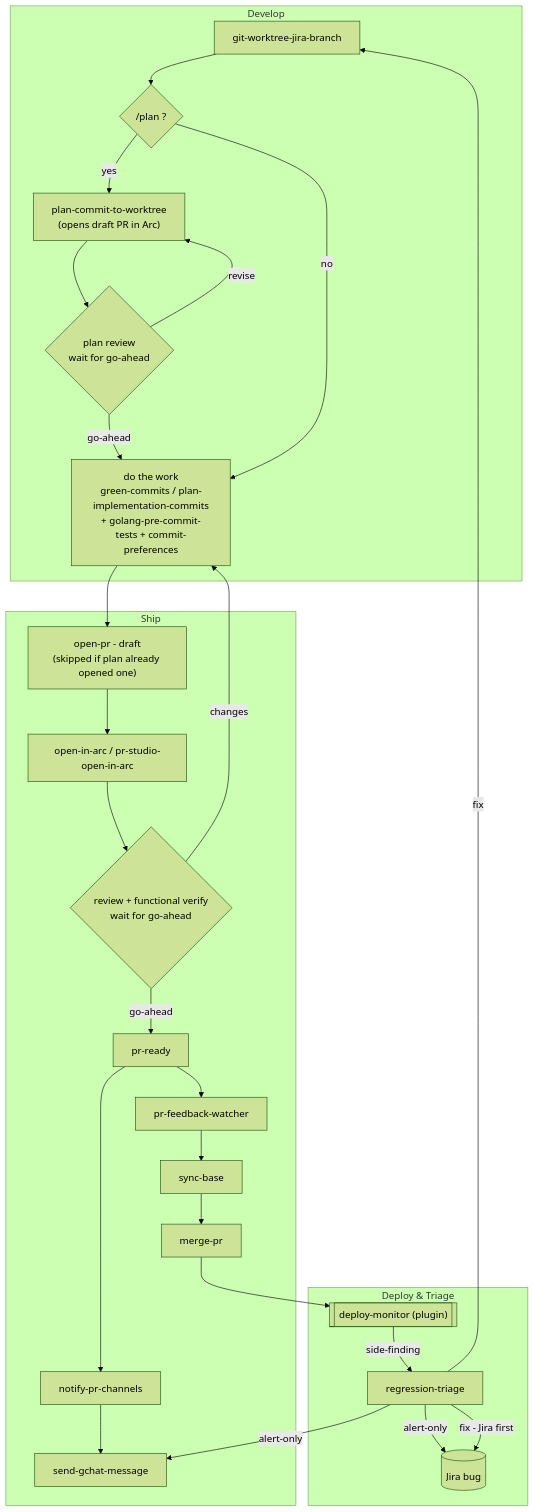
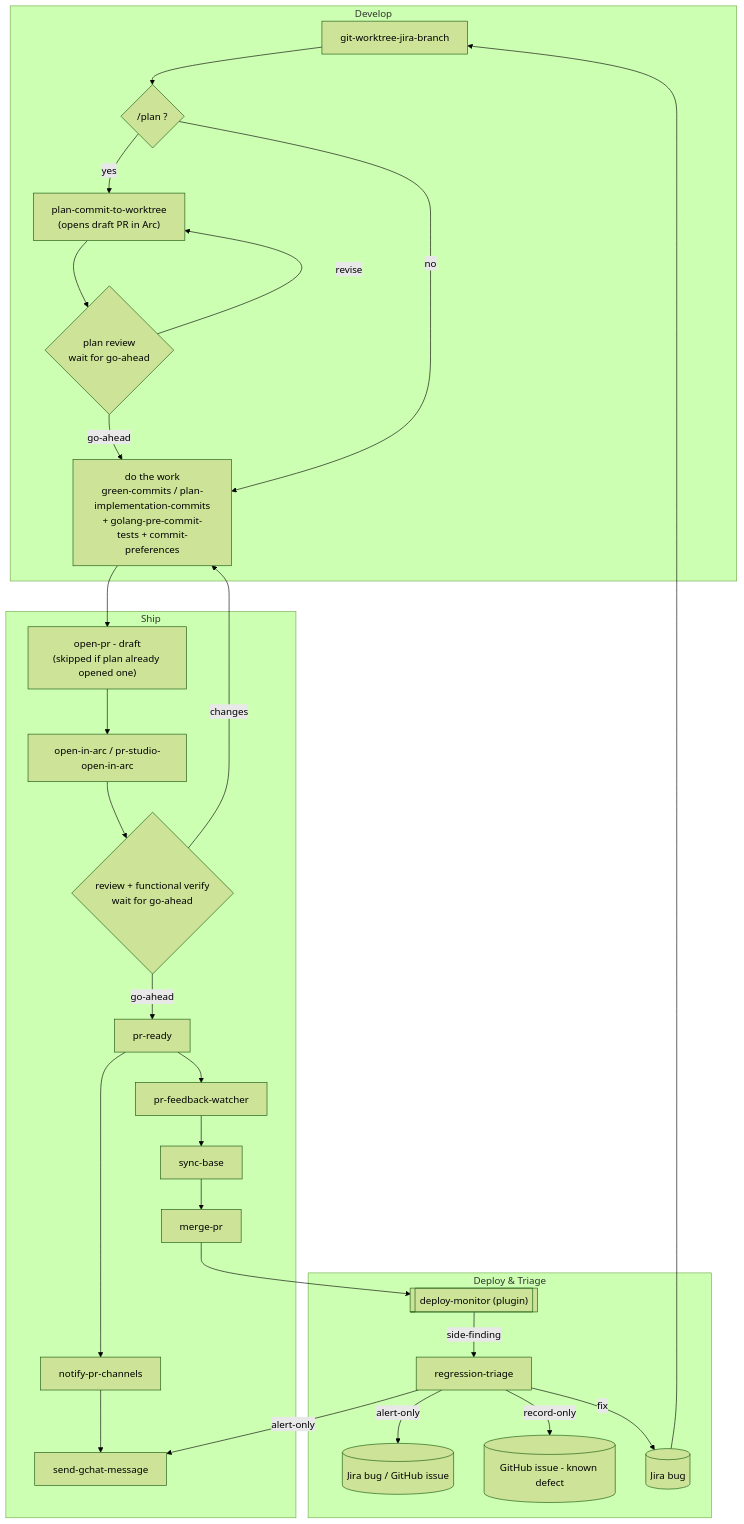
The diagram in claude/skills/README.md (benjfactor/dotfiles), drawn with Mermaid (forest theme) before and after one commit.

Commit message:
docs(skills): match regression-triage routes in skill flow
The diagram showed alert-only filing a Jira bug, but the gate picks
either a Jira bug or a GitHub issue, and it omitted the record-only
route (GitHub issue as known defect, no alert) added in 828e99a.

````diff
--- a/claude/skills/README.md
+++ b/claude/skills/README.md
@@ -31,43 +31,45 @@
 ```mermaid
 flowchart TD
     subgraph Develop
         WT[git-worktree-jira-branch]
         PLAN{"/plan ?"}
         PCW["plan-commit-to-worktree<br/>(opens draft PR in Arc)"]
         PGATE{"plan review<br/>wait for go-ahead"}
         WORK["do the work<br/>green-commits / plan-implementation-commits<br/>+ golang-pre-commit-tests + commit-preferences"]
     end
     subgraph Ship
         DRAFT["open-pr - draft<br/>(skipped if plan already opened one)"]
         ARC[open-in-arc / pr-studio-open-in-arc]
         WGATE{"review + functional verify<br/>wait for go-ahead"}
         READY[pr-ready]
         NOTIFY[notify-pr-channels]
         GCHAT[send-gchat-message]
         FB[pr-feedback-watcher]
         SYNC[sync-base]
         MERGE[merge-pr]
     end
     subgraph DeployTriage["Deploy & Triage"]
         DM[["deploy-monitor (plugin)"]]
         RT[regression-triage]
         JIRA[(Jira bug)]
+        TRACKER[(Jira bug / GitHub issue)]
+        KNOWN[(GitHub issue - known defect)]
     end
 
     WT --> PLAN
     PLAN -- yes --> PCW --> PGATE
     PGATE -- go-ahead --> WORK
     PGATE -- revise --> PCW
     PLAN -- no --> WORK
     WORK --> DRAFT --> ARC --> WGATE
     WGATE -- go-ahead --> READY
     WGATE -- changes --> WORK
     READY --> NOTIFY --> GCHAT
     READY --> FB
     FB --> SYNC --> MERGE --> DM
     DM -- side-finding --> RT
     RT -- alert-only --> GCHAT
-    RT -- alert-only --> JIRA
-    RT -- fix - Jira first --> JIRA
-    RT -- fix --> WT
+    RT -- alert-only --> TRACKER
+    RT -- record-only --> KNOWN
+    RT -- fix --> JIRA --> WT
 ```
````
